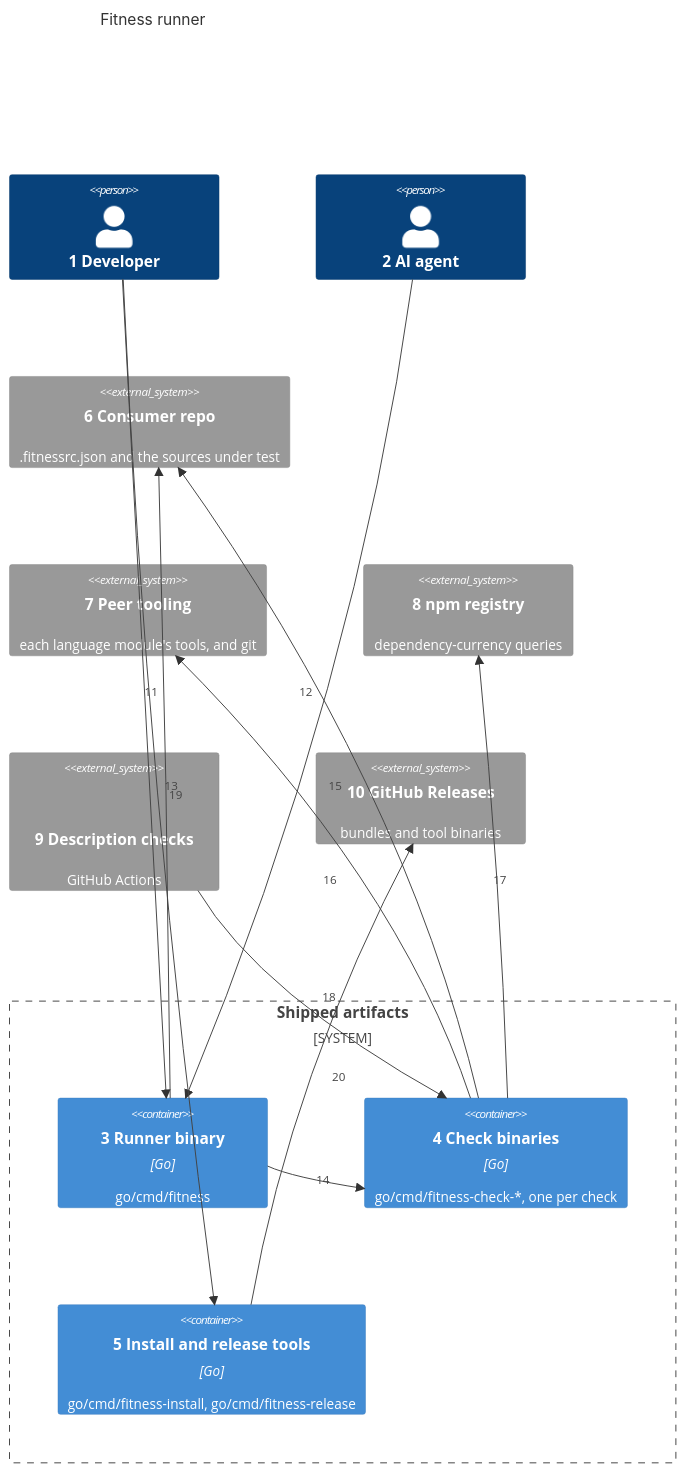
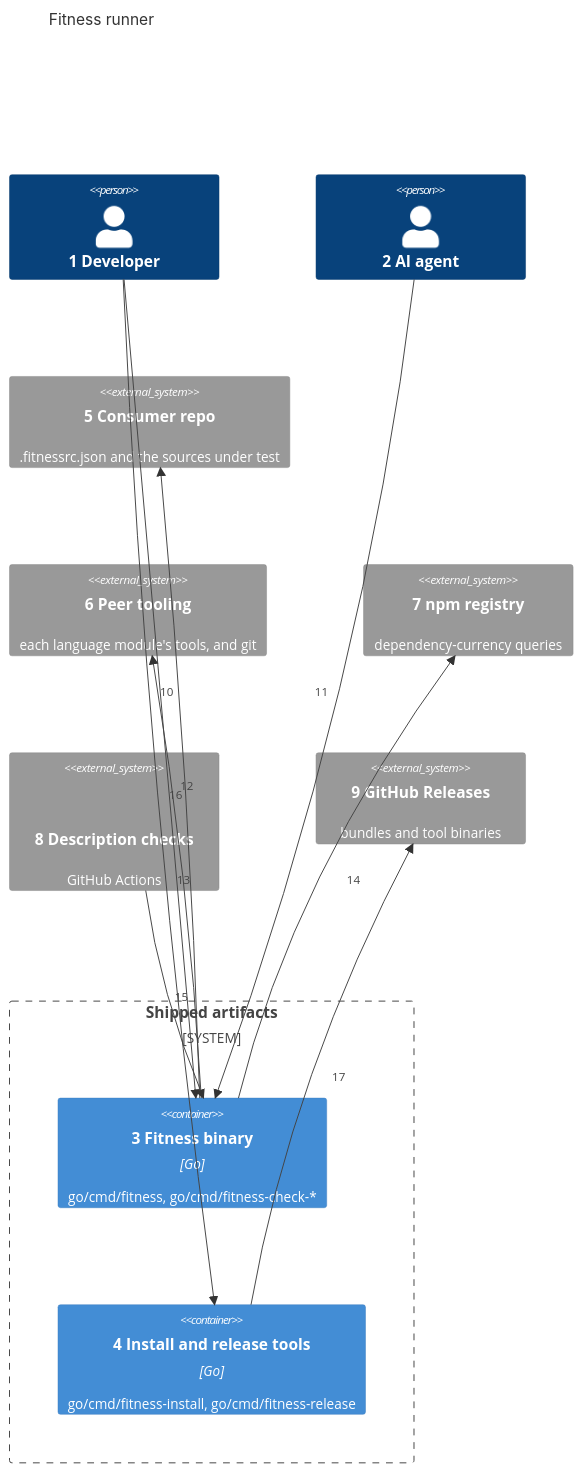
The first of 2 diagrams in docs/architecture/02-containers.md (may-journal/fitness-runner), drawn with Mermaid before and after one commit. The commit also changed other lines of this file and 94 other files, not shown here.

First line of the commit message:
perf(distribution): ship one fitness binary that holds every check

````diff
--- a/docs/architecture/02-containers.md
+++ b/docs/architecture/02-containers.md
@@ -8,30 +8,27 @@
 ```mermaid
 C4Container
     title Fitness runner
 
     Person(developer, "1 Developer")
     Person(agent, "2 AI agent")
 
     System_Boundary(ship, "Shipped artifacts") {
-        Container(cli, "3 Runner binary", "Go", "go/cmd/fitness")
-        Container(checks, "4 Check binaries", "Go", "go/cmd/fitness-check-*, one per check")
-        Container(tools, "5 Install and release tools", "Go", "go/cmd/fitness-install, go/cmd/fitness-release")
+        Container(cli, "3 Fitness binary", "Go", "go/cmd/fitness, go/cmd/fitness-check-*")
+        Container(tools, "4 Install and release tools", "Go", "go/cmd/fitness-install, go/cmd/fitness-release")
     }
 
-    System_Ext(consumer, "6 Consumer repo", ".fitnessrc.json and the sources under test")
-    System_Ext(peers, "7 Peer tooling", "each language module's tools, and git")
-    System_Ext(registry, "8 npm registry", "dependency-currency queries")
-    System_Ext(ci, "9 Description checks", "GitHub Actions", "issue-check and pr-check")
-    System_Ext(releases, "10 GitHub Releases", "bundles and tool binaries")
+    System_Ext(consumer, "5 Consumer repo", ".fitnessrc.json and the sources under test")
+    System_Ext(peers, "6 Peer tooling", "each language module's tools, and git")
+    System_Ext(registry, "7 npm registry", "dependency-currency queries")
+    System_Ext(ci, "8 Description checks", "GitHub Actions", "issue-check and pr-check")
+    System_Ext(releases, "9 GitHub Releases", "bundles and tool binaries")
 
-    Rel(developer, cli, "11")
-    Rel(agent, cli, "12")
-    Rel(cli, consumer, "13")
-    Rel(cli, checks, "14")
-    Rel(checks, consumer, "15")
-    Rel(checks, peers, "16")
-    Rel(checks, registry, "17")
-    Rel(ci, checks, "18")
-    Rel(developer, tools, "19")
-    Rel(tools, releases, "20")
+    Rel(developer, cli, "10")
+    Rel(agent, cli, "11")
+    Rel(cli, consumer, "12")
+    Rel(cli, peers, "13")
+    Rel(cli, registry, "14")
+    Rel(ci, cli, "15")
+    Rel(developer, tools, "16")
+    Rel(tools, releases, "17")
 ```
````
